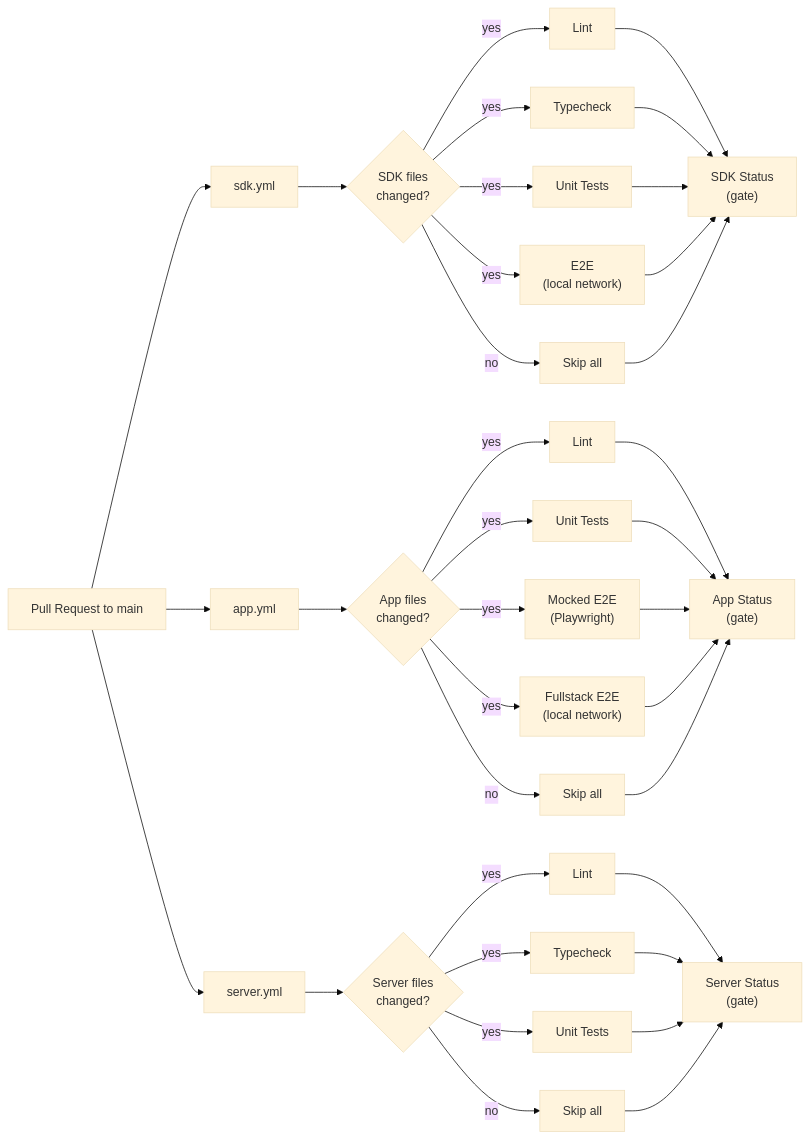
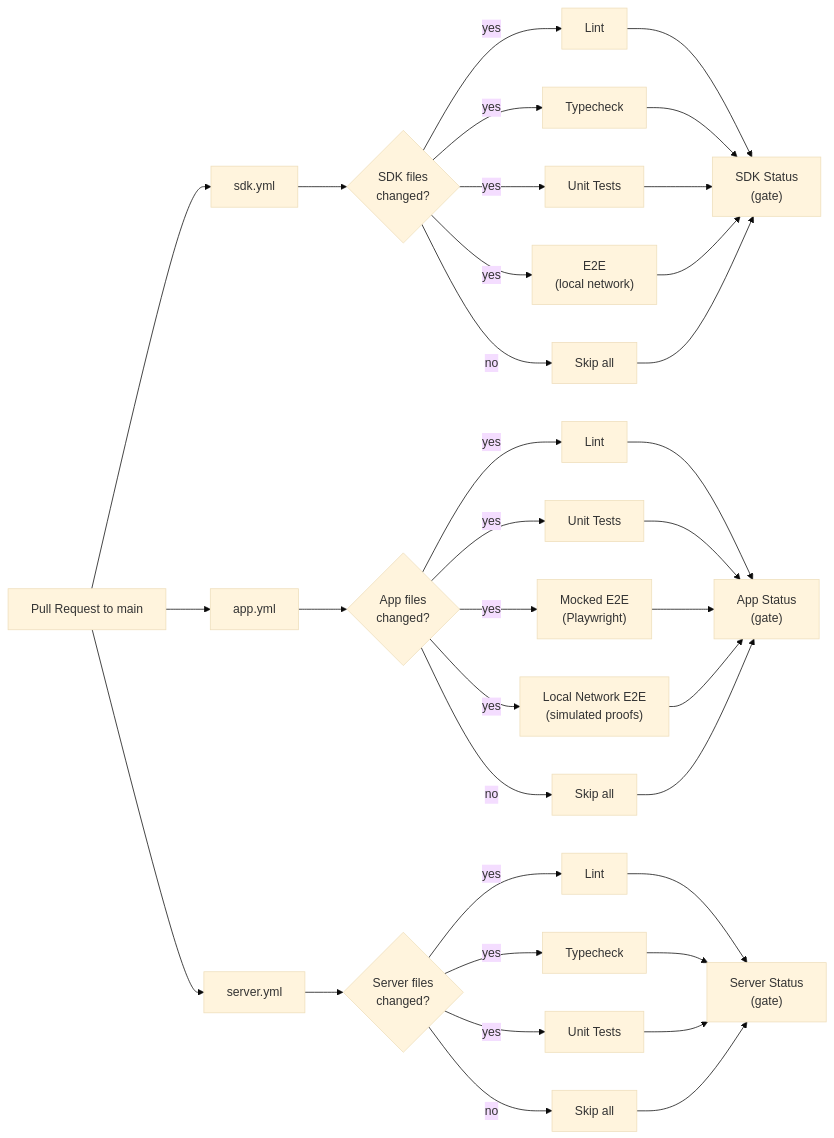
Before and after one commit to alejoamiras/tee-rex: the first of 5 diagrams in docs/ci-pipeline.md, drawn with Mermaid (base theme). The commit also changed other lines of this file and 11 other files, not shown here.

First line of the commit message:
refactor: split app e2e into local-network (fast) and smoke (real proofs) (#110)

````diff
--- a/docs/ci-pipeline.md
+++ b/docs/ci-pipeline.md
@@ -24,29 +24,29 @@
 ```mermaid
 graph LR
     PR["Pull Request to main"] --> sdk["sdk.yml"]
     PR --> app["app.yml"]
     PR --> server["server.yml"]
 
     sdk --> sdk_changes{"SDK files\nchanged?"}
     sdk_changes -->|yes| sdk_lint["Lint"]
     sdk_changes -->|yes| sdk_tc["Typecheck"]
     sdk_changes -->|yes| sdk_unit["Unit Tests"]
     sdk_changes -->|yes| sdk_e2e["E2E\n(local network)"]
     sdk_changes -->|no| sdk_skip["Skip all"]
     sdk_lint & sdk_tc & sdk_unit & sdk_e2e & sdk_skip --> sdk_gate["SDK Status\n(gate)"]
 
     app --> app_changes{"App files\nchanged?"}
     app_changes -->|yes| app_lint["Lint"]
     app_changes -->|yes| app_unit["Unit Tests"]
     app_changes -->|yes| app_mocked["Mocked E2E\n(Playwright)"]
-    app_changes -->|yes| app_fullstack["Fullstack E2E\n(local network)"]
+    app_changes -->|yes| app_local["Local Network E2E\n(simulated proofs)"]
     app_changes -->|no| app_skip["Skip all"]
-    app_lint & app_unit & app_mocked & app_fullstack & app_skip --> app_gate["App Status\n(gate)"]
+    app_lint & app_unit & app_mocked & app_local & app_skip --> app_gate["App Status\n(gate)"]
 
     server --> srv_changes{"Server files\nchanged?"}
     srv_changes -->|yes| srv_lint["Lint"]
     srv_changes -->|yes| srv_tc["Typecheck"]
     srv_changes -->|yes| srv_unit["Unit Tests"]
     srv_changes -->|no| srv_skip["Skip all"]
     srv_lint & srv_tc & srv_unit & srv_skip --> srv_gate["Server Status\n(gate)"]
 ```
````
